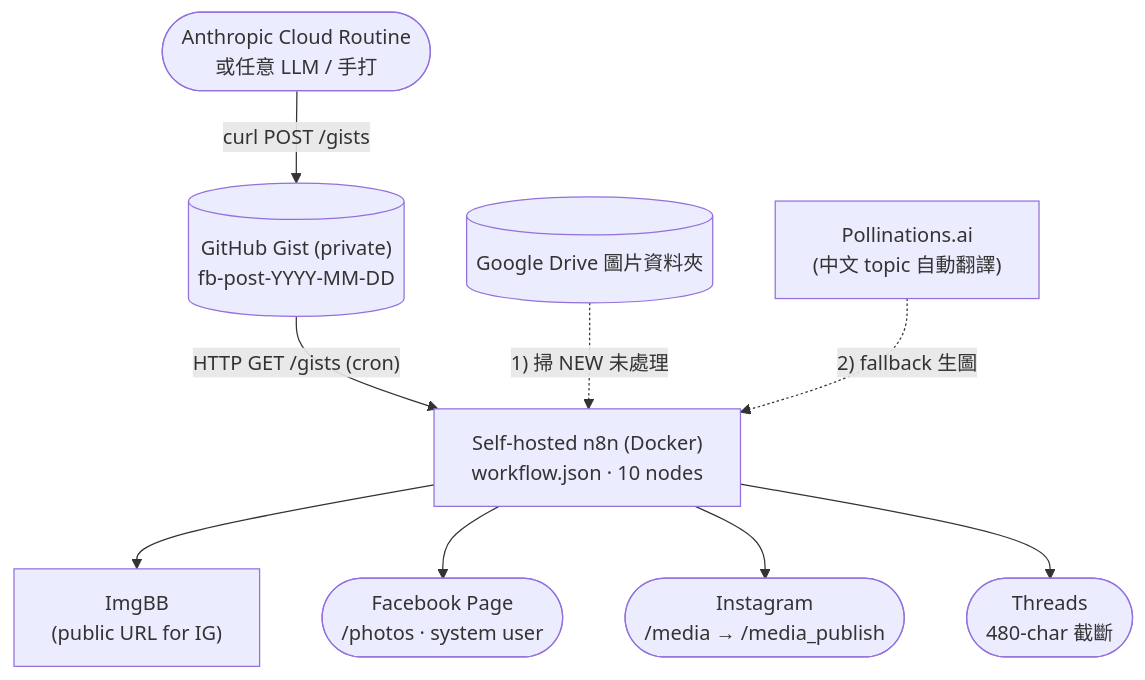
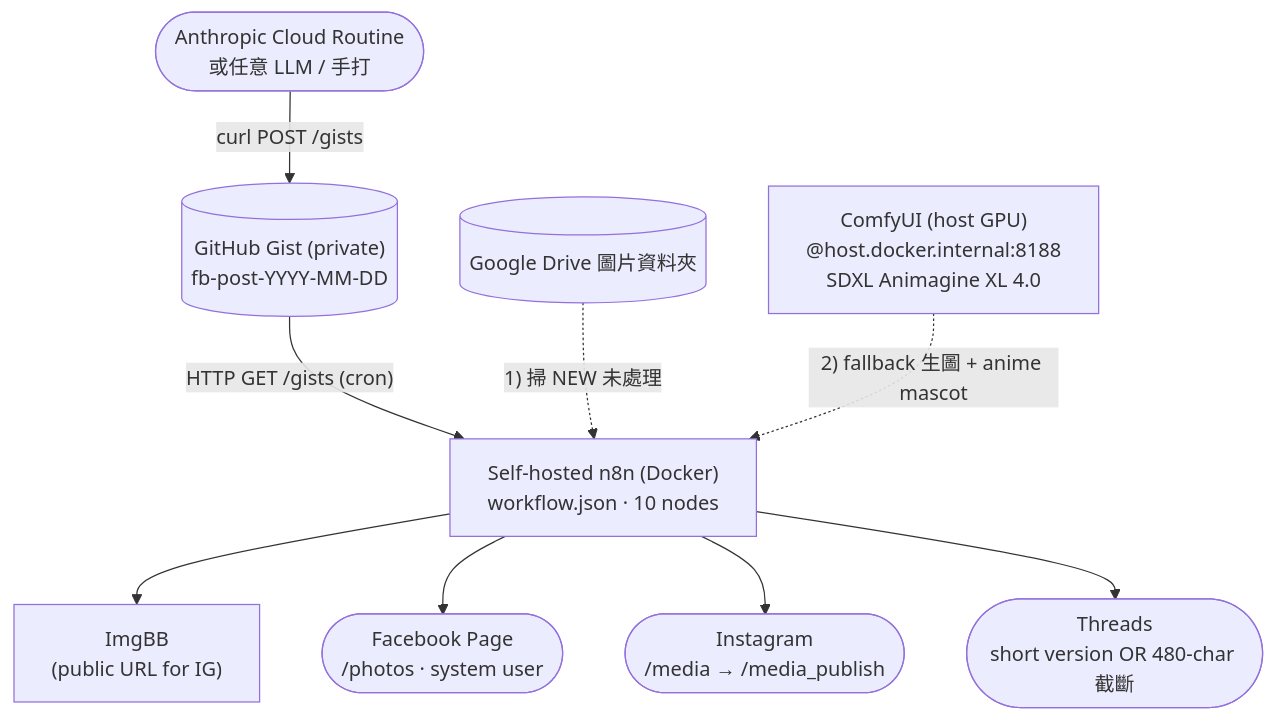
One commit to Lee-unhn/n8n-content-orchestrator changed the diagram in README.md. Above: the diagram before and after it, drawn with Mermaid. The commit also changed other lines of this file and 3 other files, not shown here.

First line of the commit message:
feat(v4): ComfyUI local image gen + Threads short version + AI disclosure tag

````diff
--- a/README.md
+++ b/README.md
@@ -15,21 +21,21 @@
 ```mermaid
 flowchart TD
   ROUT(["Anthropic Cloud Routine\n或任意 LLM / 手打"])
   GIST[("GitHub Gist (private)\nfb-post-YYYY-MM-DD")]
   N8N["Self-hosted n8n (Docker)\nworkflow.json · 10 nodes"]
   DRIVE[("Google Drive 圖片資料夾")]
-  POLLI["Pollinations.ai\n(中文 topic 自動翻譯)"]
+  COMFY["ComfyUI (host GPU)\n@host.docker.internal:8188\nSDXL Animagine XL 4.0"]
   IMGBB["ImgBB\n(public URL for IG)"]
   FB(["Facebook Page\n/photos · system user"])
   IG(["Instagram\n/media → /media_publish"])
-  TH(["Threads\n480-char 截斷"])
+  TH(["Threads\nshort version OR 480-char 截斷"])
 
   ROUT -- "curl POST /gists" --> GIST
   GIST -- "HTTP GET /gists (cron)" --> N8N
   DRIVE -. "1) 掃 NEW 未處理" .-> N8N
-  POLLI -. "2) fallback 生圖" .-> N8N
+  COMFY -. "2) fallback 生圖 + anime mascot" .-> N8N
   N8N --> IMGBB
   N8N --> FB
   N8N --> IG
   N8N --> TH
 ```
````
